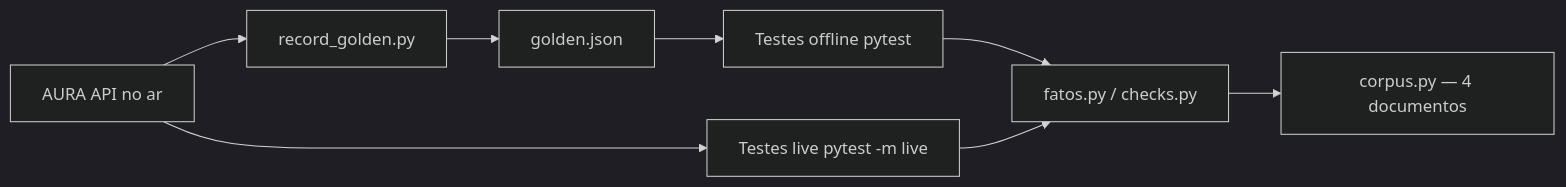
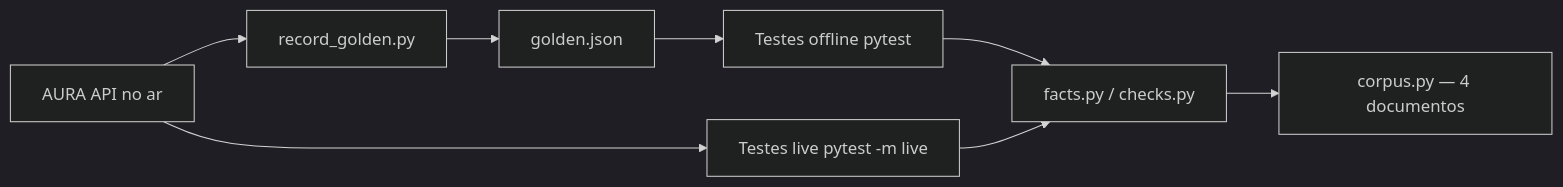
The diagram in README.md (steingui/projeto-final-aura), drawn with Mermaid (dark theme) before and after one commit. The commit also changed other lines of this file and 7 other files, not shown here.

````diff
--- a/README.md
+++ b/README.md
@@ -17,10 +17,10 @@
 ```mermaid
 flowchart LR
     A[golden.json] --> B[Testes offline pytest]
     C[AURA API no ar] --> D[record_golden.py]
     D --> A
     C --> E[Testes live pytest -m live]
-    B --> F[fatos.py / checks.py]
+    B --> F[facts.py / checks.py]
     E --> F
     F --> G[corpus.py — 4 documentos]
 ```
````
